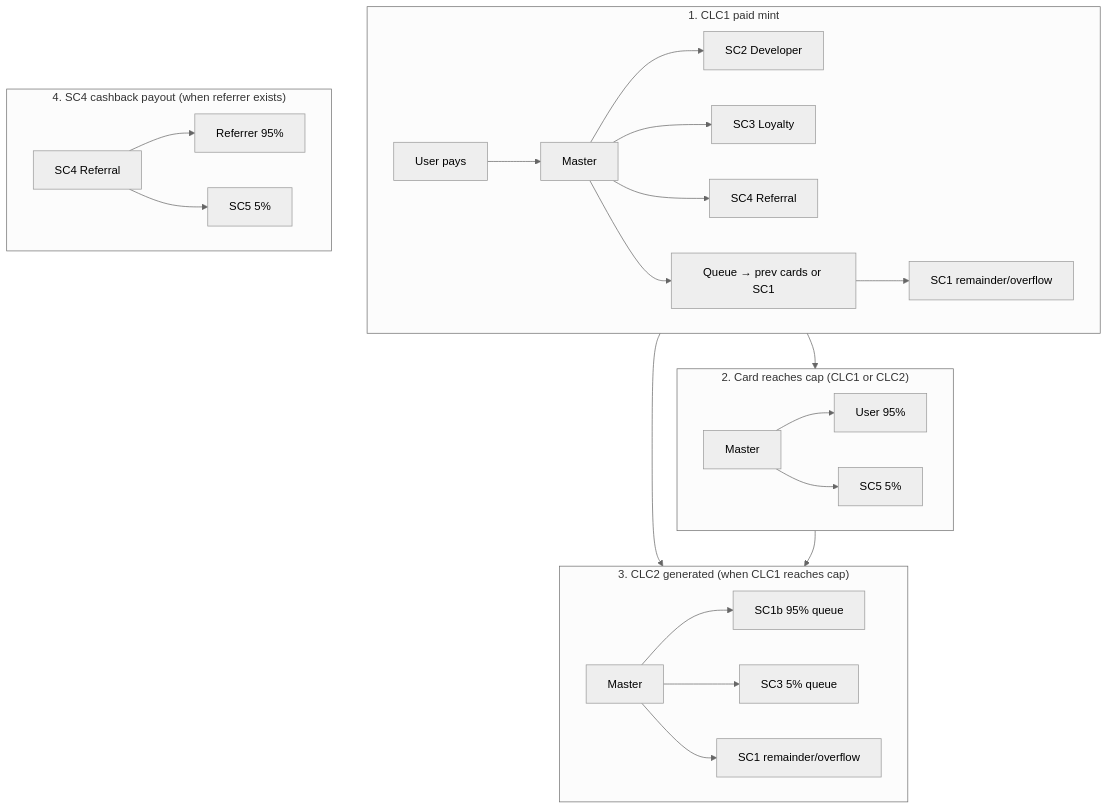
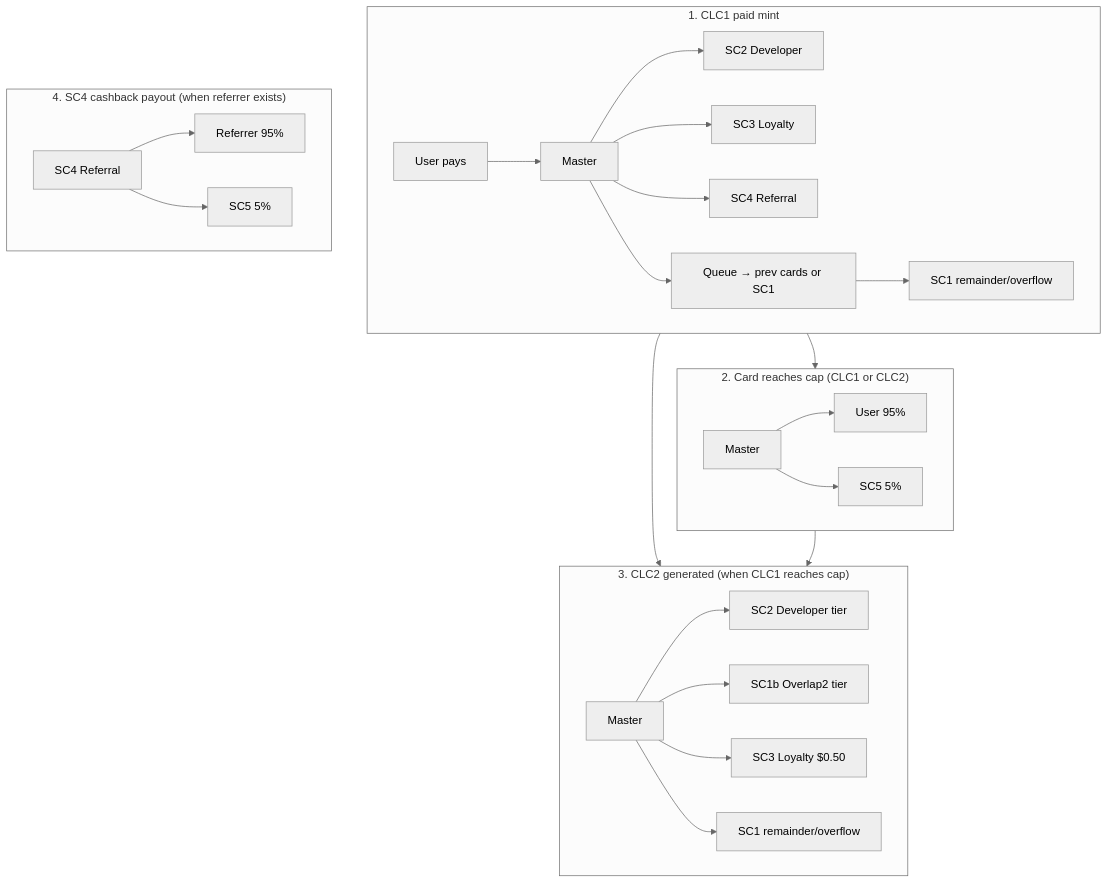
One commit to psdev0103/TripleC-Doc changed the fourth of 4 diagrams in MAIN_FLOW_AND_CASHFLOW.md. Above: the diagram before and after it, drawn with Mermaid (neutral theme). The commit also changed other lines of this file and 1 other file, not shown here.

````diff
--- a/MAIN_FLOW_AND_CASHFLOW.md
+++ b/MAIN_FLOW_AND_CASHFLOW.md
@@ -387,36 +389,37 @@
 ```mermaid
 flowchart TB
     subgraph Phase1["1. CLC1 paid mint"]
         U1[User pays]
         M1[Master]
         U1 --> M1
         M1 --> SC2_1[SC2 Developer]
         M1 --> SC3_1[SC3 Loyalty]
         M1 --> SC4_1[SC4 Referral]
         M1 --> Q1[Queue → prev cards or SC1]
         Q1 --> SC1_1[SC1 remainder/overflow]
     end
 
     subgraph Phase2["2. Card reaches cap (CLC1 or CLC2)"]
         M2[Master]
         M2 --> U2[User 95%]
         M2 --> SC5_1[SC5 5%]
     end
 
     subgraph Phase3["3. CLC2 generated (when CLC1 reaches cap)"]
         M3[Master]
-        M3 --> SC1b_1[SC1b 95% queue]
-        M3 --> SC3_2[SC3 5% queue]
+        M3 --> SC2_c[SC2 Developer tier]
+        M3 --> SC1b_1[SC1b Overlap2 tier]
+        M3 --> SC3_2[SC3 Loyalty $0.50]
         M3 --> SC1_2[SC1 remainder/overflow]
     end
 
     subgraph Phase4["4. SC4 cashback payout (when referrer exists)"]
         SC4_2[SC4 Referral]
         SC4_2 --> Ref[Referrer 95%]
         SC4_2 --> SC5_2[SC5 5%]
     end
 
     Phase1 --> Phase2
     Phase1 --> Phase3
     Phase2 --> Phase3
 ```
````
